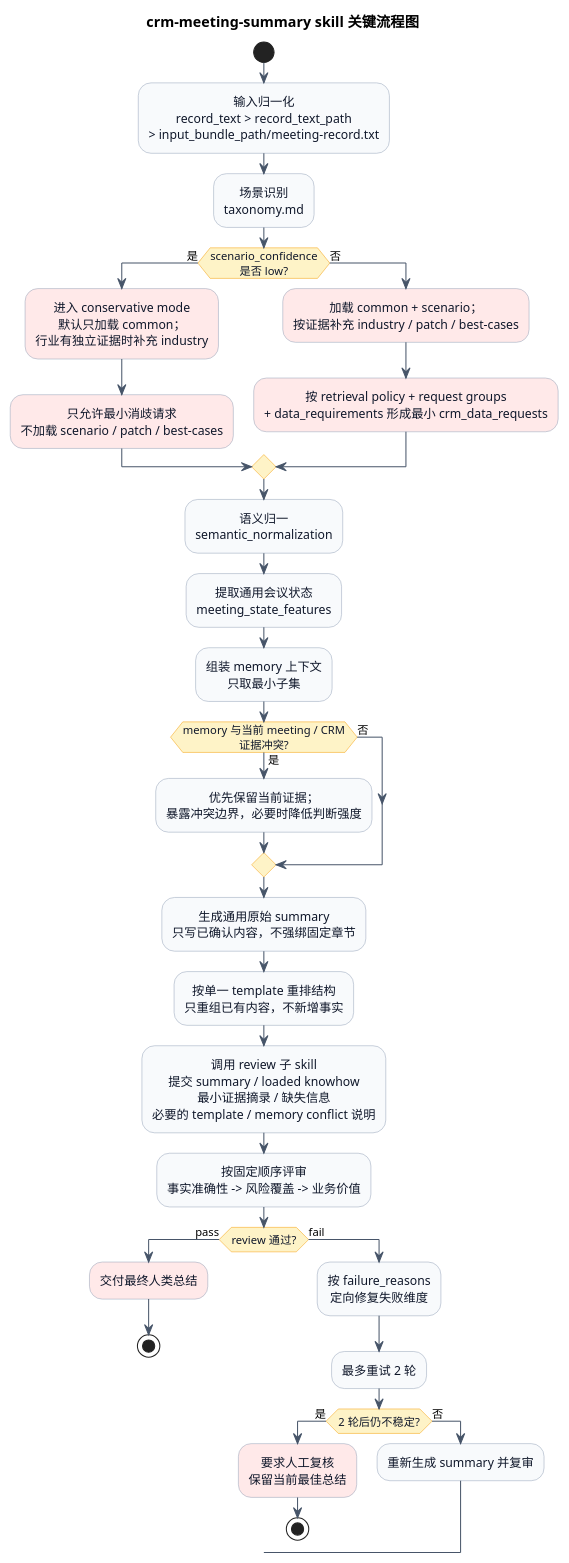
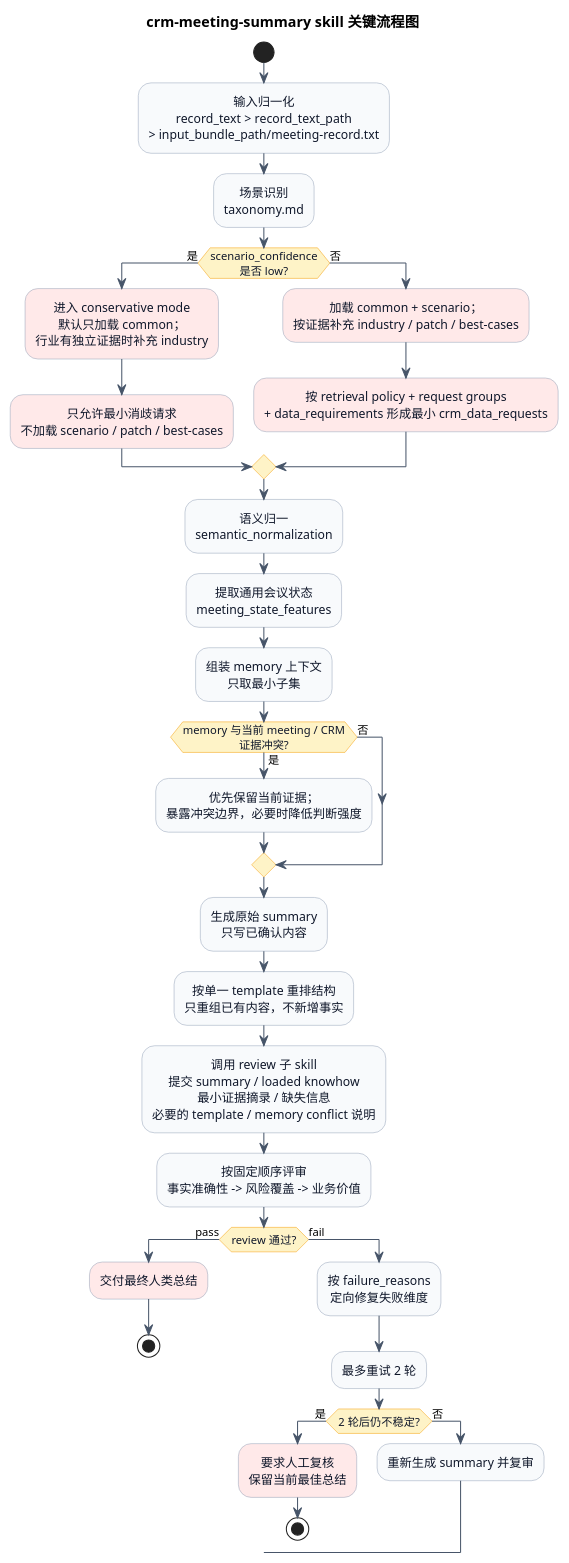
One commit to zhaopx/crm-meeting-summary-skill changed the first of 2 diagrams in docs/crm-meeting-summary/visual-diagrams.md. Above: the diagram before and after it, drawn with PlantUML. The commit also changed other lines of this file and 5 other files, not shown here.

````diff
--- a/docs/crm-meeting-summary/visual-diagrams.md
+++ b/docs/crm-meeting-summary/visual-diagrams.md
@@ -10,50 +9,50 @@
 ```plantuml
 @startuml
 title crm-meeting-summary skill 关键流程图
 skinparam shadowing false
 skinparam defaultTextAlignment center
 skinparam ArrowColor #475569
 skinparam activity {
   BackgroundColor #f8fafc
   BorderColor #94a3b8
   DiamondBackgroundColor #fef3c7
   DiamondBorderColor #f59e0b
   FontColor #0f172a
 }
 
 start
 :输入归一化\nrecord_text > record_text_path\n> input_bundle_path/meeting-record.txt;
 :场景识别\ntaxonomy.md;
 if (scenario_confidence\n是否 low?) then (是)
   #FFE9E9:进入 conservative mode\n默认只加载 common；\n行业有独立证据时补充 industry;
   #FFE9E9:只允许最小消歧请求\n不加载 scenario / patch / best-cases;
 else (否)
   #FFE9E9:加载 common + scenario；\n按证据补充 industry / patch / best-cases;
   #FFE9E9:按 retrieval policy + request groups\n+ data_requirements 形成最小 crm_data_requests;
 endif
 :语义归一\nsemantic_normalization;
 :提取通用会议状态\nmeeting_state_features;
 :组装 memory 上下文\n只取最小子集;
 if (memory 与当前 meeting / CRM\n证据冲突?) then (是)
   :优先保留当前证据；\n暴露冲突边界，必要时降低判断强度;
 else (否)
 endif
-:生成通用原始 summary\n只写已确认内容，不强绑固定章节;
+:生成原始 summary\n只写已确认内容;
 :按单一 template 重排结构\n只重组已有内容，不新增事实;
 :调用 review 子 skill\n提交 summary / loaded knowhow\n最小证据摘录 / 缺失信息\n必要的 template / memory conflict 说明;
 :按固定顺序评审\n事实准确性 -> 风险覆盖 -> 业务价值;
 if (review 通过?) then (pass)
   #FFE9E9:交付最终人类总结;
   stop
 else (fail)
   :按 failure_reasons\n定向修复失败维度;
   :最多重试 2 轮;
   if (2 轮后仍不稳定?) then (是)
     #FFE9E9:要求人工复核\n保留当前最佳总结;
     stop
   else (否)
     :重新生成 summary 并复审;
   endif
 endif
 @enduml
 ```
````
